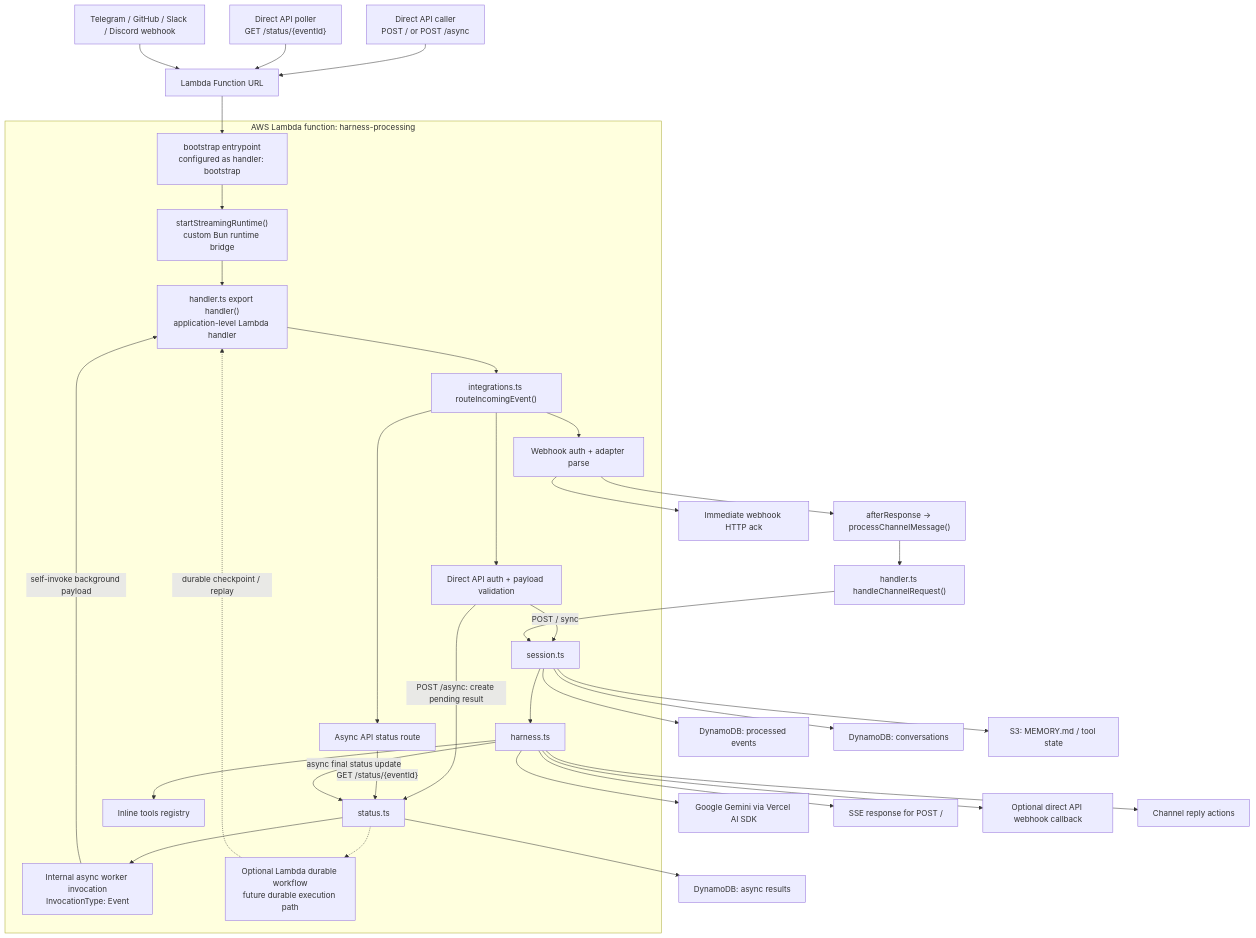
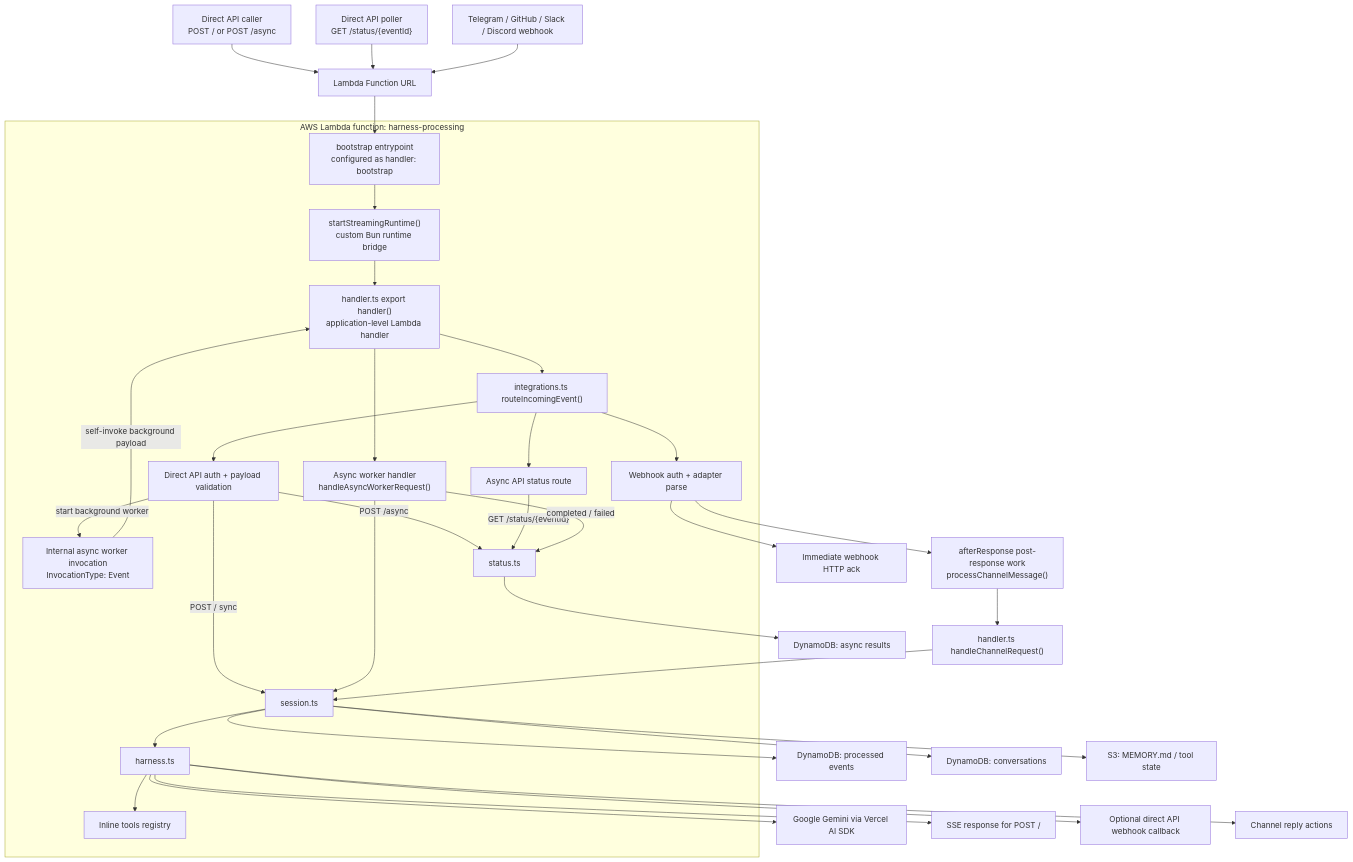
One commit to beeblastco/filthy-panty changed the first of 2 diagrams in README.md. Above: the diagram before and after it, drawn with Mermaid. The commit also changed other lines of this file, not shown here.

````diff
--- a/README.md
+++ b/README.md
@@ -13,56 +13,56 @@
 ```mermaid
 flowchart TD
   A["Direct API caller<br/>POST / or POST /async"] --> B["Lambda Function URL"]
   A2["Direct API poller<br/>GET /status/{eventId}"] --> B
   C["Telegram / GitHub / Slack / Discord webhook"] --> B
 
   subgraph L["AWS Lambda function: harness-processing"]
     D["bootstrap entrypoint<br/>configured as handler: bootstrap"]
     E["startStreamingRuntime()<br/>custom Bun runtime bridge"]
     F["handler.ts export handler()<br/>application-level Lambda handler"]
     G["integrations.ts routeIncomingEvent()"]
     H["Direct API auth + payload validation"]
     HA["Async API status route"]
     HW["Internal async worker invocation<br/>InvocationType: Event"]
-    DW["Optional Lambda durable workflow<br/>future durable execution path"]
     I["Webhook auth + adapter parse"]
     J["session.ts"]
     S["status.ts"]
+    AW["Async worker handler<br/>handleAsyncWorkerRequest()"]
     N["harness.ts"]
     P["Inline tools registry"]
   end
 
   B --> D
   D --> E
   E --> F
   F --> G
   G --> H
   G --> HA
   G --> I
 
   H -->|"POST / sync"| J
-  H -->|"POST /async: create pending result"| S
+  H -->|"POST /async"| S
+  H -->|"start background worker"| HW
   S --> AS["DynamoDB: async results"]
-  S --> HW
-  S -.-> DW
   HW -->|"self-invoke background payload"| F
-  DW -.->|"durable checkpoint / replay"| F
+  F --> AW
+  AW --> J
   HA -->|"GET /status/{eventId}"| S
 
   J --> N
   N --> P
   N --> O["Google Gemini via Vercel AI SDK"]
   N --> Q["SSE response for POST /"]
   N --> WC["Optional direct API webhook callback"]
-  N -->|"async final status update"| S
+  AW -->|"completed / failed"| S
 
   I --> ACK["Immediate webhook HTTP ack"]
-  I --> PR["afterResponse -> processChannelMessage()"]
+  I --> PR["afterResponse post-response work<br/>processChannelMessage()"]
   PR --> F2["handler.ts handleChannelRequest()"]
   F2 --> J
   N --> R["Channel reply actions"]
 
   J --> K["DynamoDB: processed events"]
   J --> L2["DynamoDB: conversations"]
   J --> M["S3: MEMORY.md / tool state"]
 ```
````
